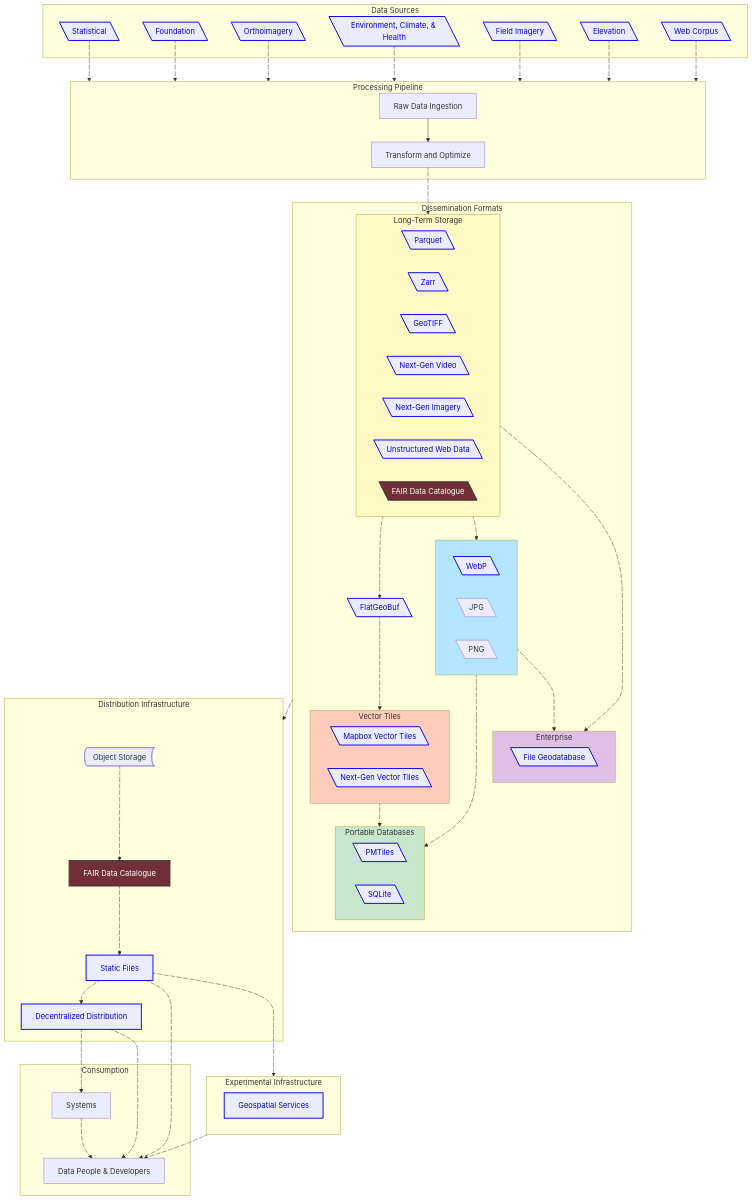
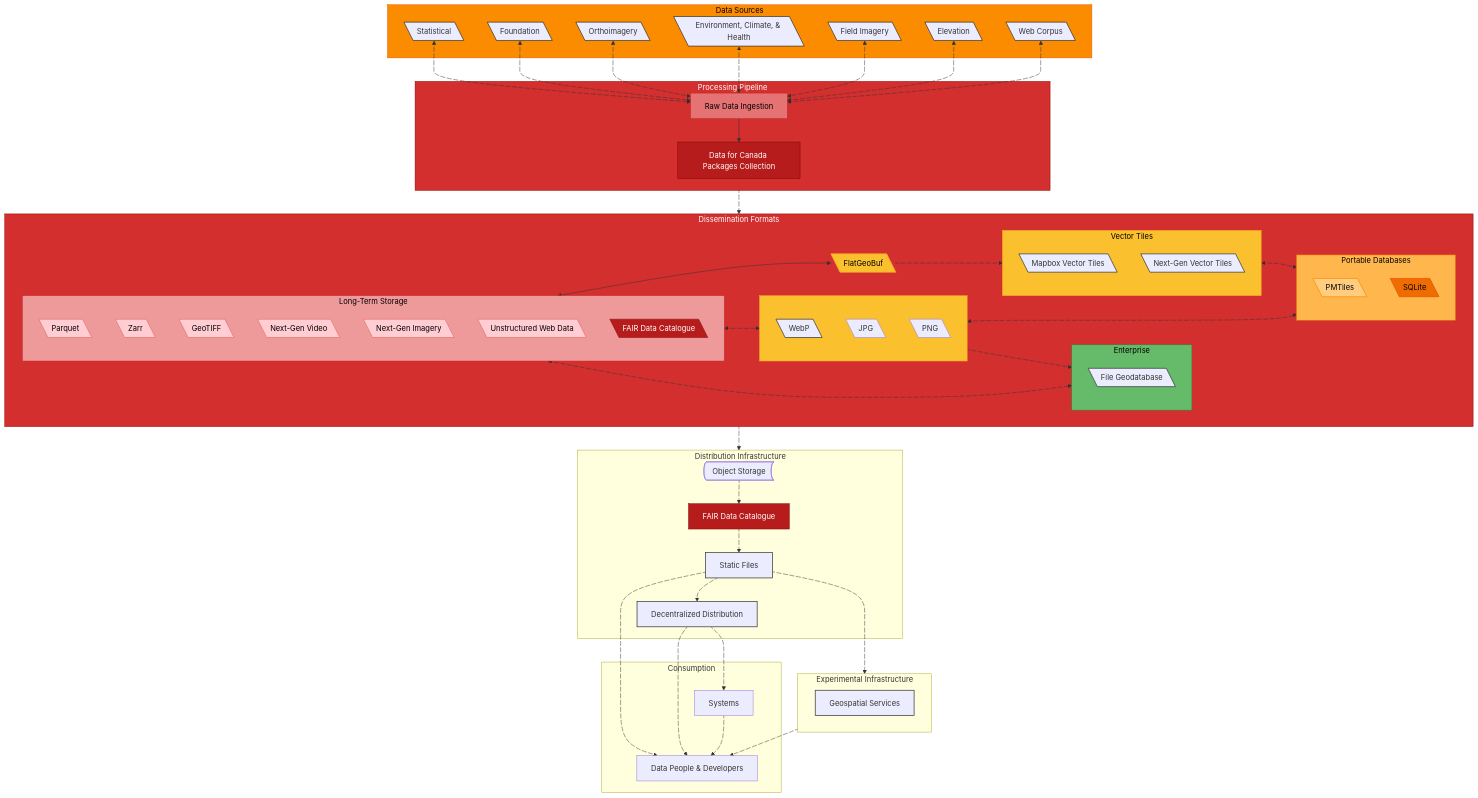
The diagram in content/_index.md (dataforcanada/www.dataforcanada.org), drawn with Mermaid before and after one commit. The commit also changed other lines of this file, not shown here.

Commit message:
Color code priorities on high-level overview diagram on homepage

```diff
--- a/content/_index.md
+++ b/content/_index.md
@@ -81,18 +81,18 @@
     end
 
     %% ---------------------------------------------------------
-    %% 2. PROCESSING PIPELINE
+    %% 3. PROCESSING PIPELINE
     %% ---------------------------------------------------------
     subgraph pp [Processing Pipeline]
+        %% Not the orchestrator, but a key towards achieving project mission.
+        DataforCanadaPackagesCollection@{ shape: rect, label: "Data for Canada Packages Collection"}
         Raw@{ shape: rect, label: "Raw Data Ingestion"}
-        Transform@{ shape: rect, label: "Transform and Optimize"}
-        
         %% Internal Link
-        Raw --> Transform
+        Raw --> DataforCanadaPackagesCollection
     end
 
     %% ---------------------------------------------------------
-    %% 3. DISSEMINATION FORMATS
+    %% 4. DISSEMINATION FORMATS
     %% ---------------------------------------------------------
     subgraph df [Dissemination Formats]
         
@@ -136,7 +136,7 @@
     end
 
     %% ---------------------------------------------------------
-    %% 4. DISTRIBUTION INFRASTRUCTURE
+    %% 5. DISTRIBUTION INFRASTRUCTURE
     %% ---------------------------------------------------------
     subgraph di [Distribution Infrastructure]
         ObjectStorage@{ shape: bow-rect, label: "Object Storage"}
@@ -146,14 +146,14 @@
     end
 
     %% ---------------------------------------------------------
-    %% 5. EXPERIMENTAL INFRASTRUCTURE
+    %% 6. EXPERIMENTAL INFRASTRUCTURE
     %% ---------------------------------------------------------
     subgraph ei [Experimental Infrastructure]
         GeoSpatialServices@{ shape: rect, label: "Geospatial Services"}
     end
 
     %% ---------------------------------------------------------
-    %% 6. CONSUMPTION
+    %% 7. CONSUMPTION
     %% ---------------------------------------------------------
     subgraph "Consumption"
         DataSci@{ shape: rect, label: "Data People & Developers"}
@@ -164,48 +164,47 @@
     %% RELATIONSHIPS
     %% =========================================================
 
-    %% Data Sources --> Processing Pipeline (Box)
-    Statistical a1@--> pp
+    %% Data Sources <--> Data for Canada Packages Collection (Box)
+    Statistical a1@<--> Raw
     a1@{animate: true, animation: slow}
-    Foundation a2@--> pp
+    Foundation a2@<--> Raw
     a2@{animate: true, animation: slow}
-    Orthoimagery a3@--> pp
+    Orthoimagery a3@<--> Raw
     a3@{animate: true, animation: slow}
-    EnvironmentClimate a5@--> pp
+    EnvironmentClimate a5@<--> Raw
     a5@{animate: true, animation: fast}
-    FieldImagery a4@--> pp
+    FieldImagery a4@<--> Raw
     a4@{animate:true, animation: fast}
-    Elevation a6@--> pp
+    Elevation a6@<--> Raw
     a6@{animate: true, animation: slow}
-    WebCorpus a7@--> pp
+    WebCorpus a7@<--> Raw
     a7@{animate: true, animation: fast}
 
-    %% Processing Pipeline --> Long-Term Storage (Box)
-    Transform a9@--> sot
-    a9@{animate: true, animation: slow}
+    pp a10@--> df
+    a10@{animate: true, animation: fast}
 
     %% Long-Term Storage --> FlatGeoBuf
-    sot a10@--> FlatGeoBuf
+    sot a10@<--> FlatGeoBuf
     a10@{animate: true, animation: fast}
     
     %% FlatGeoBuf --> Vector Tiles (Box)
     FlatGeoBuf a11@--> vt
     a11@{animate: true, animation: fast}
 
-    %% Long-Term Storage --> Visuals (Box)
-    sot a12@--> visuals
+    %% Long-Term Storage <--> Visuals (Box)
+    sot a12@<--> visuals
     a12@{animate: true, animation: slow}
 
     %% Vector Tiles --> Portable Databases (Box)
-    vt a90@--> pkg
+    vt a90@<--> pkg
     a90@{animate: true, animation: fast}
 
     %% Visuals --> Portable Databases (Box)
-    visuals a93@--> pkg
+    visuals a93@<--> pkg
     a93@{animate: true, animation: slow}
 
     %% Long-Term Storage --> Enterprise (Box)
-    sot a100@--> ent
+    sot a100@<--> ent
     a100@{animate: true, animation: slow}
 
     %% Visuals --> Enterprise (Box)
@@ -243,25 +242,46 @@
     %% STYLING
     %% =========================================================
 
-    %% Opera concertmaster
-    style FAIRDataDis fill:#722F37,stroke:#333,stroke-width:2px,color:#fff
-    style Metadata fill:#722F37,stroke:#333,stroke-width:2px,color:#fff
+classDef linkNode stroke:#333333,color:#333333,stroke-width:1.5px;
 
-    %% The work
-    style sot fill:#FFF9C4
-    style ent fill:#E1BEE7
-    style vt fill:#FFCCBC
-    style pkg fill:#C8E6C9
-    style visuals fill:#B3E5FC
-    
-    %% Link Node Styling
-    class Foundation,Statistical,Orthoimagery,FieldImagery,EnvironmentClimate,Elevation,WebCorpus linkNode
-    class Parquet,FlatGeoBuf,SQLite,FileGeodatabase,VectorTiles,NextGenVectorTiles,GeoTIFF,Zarr,WebP,PMTiles,JPEGXL,AV1,WARC linkNode
-    class DecentralizedDistribution,HTTP,GeoSpatialServices linkNode
+style pp fill:#D32F2F,stroke:#8E0000,color:#FFFFFF
+style DataforCanadaPackagesCollection fill:#B71C1C,stroke:#7F0000,color:#FFFFFF
+style FAIRDataDis fill:#B71C1C,stroke:#7F0000,color:#FFFFFF
+style Metadata fill:#B71C1C,stroke:#7F0000,color:#FFFFFF
+style Raw fill:#E57373,stroke:#C62828,color:#000000
+
+style df fill:#D32F2F,stroke:#8E0000,color:#FFFFFF
+style sot fill:#EF9A9A,stroke:#C62828,color:#000000
+
+style Parquet fill:#FFCDD2,stroke:#E57373,color:#000000
+style Zarr fill:#FFCDD2,stroke:#E57373,color:#000000
+style GeoTIFF fill:#FFCDD2,stroke:#E57373,color:#000000
+style JPEGXL fill:#FFCDD2,stroke:#E57373,color:#000000
+style WARC fill:#FFCDD2,stroke:#E57373,color:#000000
+style AV1 fill:#FFCDD2,stroke:#E57373,color:#000000
+
+style ds fill:#FB8C00,stroke:#E65100,color:#000000
+
+style pkg fill:#FFB74D,stroke:#EF6C00,color:#000000
+style SQLite fill:#EF6C00,stroke:#E65100,color:#000000
+style PMTiles fill:#FFCC80,stroke:#FB8C00,color:#000000
+
+style vt fill:#FBC02D,stroke:#F9A825,color:#000000
+style FlatGeoBuf fill:#FBC02D,stroke:#F9A825,color:#000000
+
+style visuals fill:#FBC02D,stroke:#F9A825,color:#000000
+
+style ent fill:#66BB6A,stroke:#2E7D32,color:#000000
+
+class Foundation,Statistical,Orthoimagery,FieldImagery,EnvironmentClimate,Elevation,WebCorpus linkNode
+class Parquet,FlatGeoBuf,SQLite,FileGeodatabase,VectorTiles,NextGenVectorTiles,GeoTIFF,Zarr,WebP,PMTiles,JPEGXL,AV1,WARC linkNode
+class DecentralizedDistribution,HTTP,GeoSpatialServices linkNode
 
     %% =========================================================
     %% CLICK ACTIONS
     %% =========================================================
+    click DataforCanadaPackagesCollection "https://github.com/dataforcanada/dataforcanadapkgs-labs/" _blank
+
     click Foundation "https://github.com/dataforcanada/process-foundation-labs/" _blank
     click Statistical "https://github.com/dataforcanada/process-statistical-labs/" _blank
     click Orthoimagery "https://github.com/dataforcanada/process-orthoimagery-labs/" _blank
```
